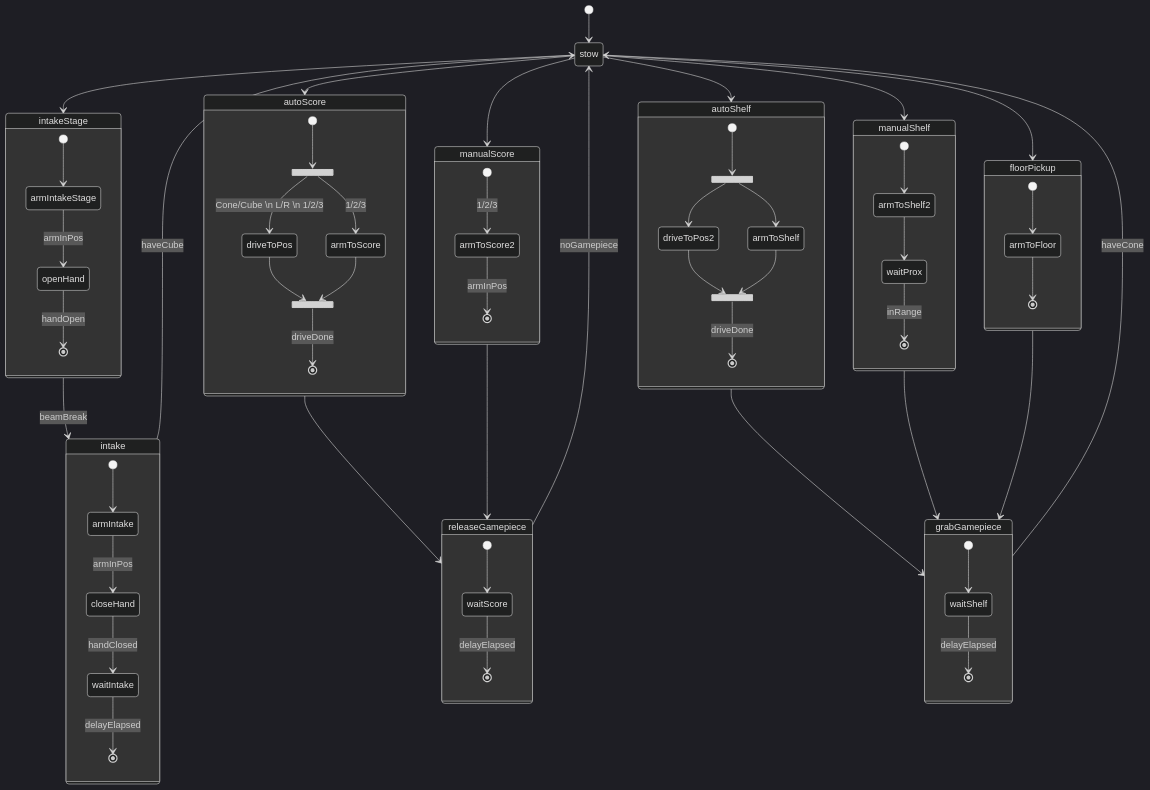
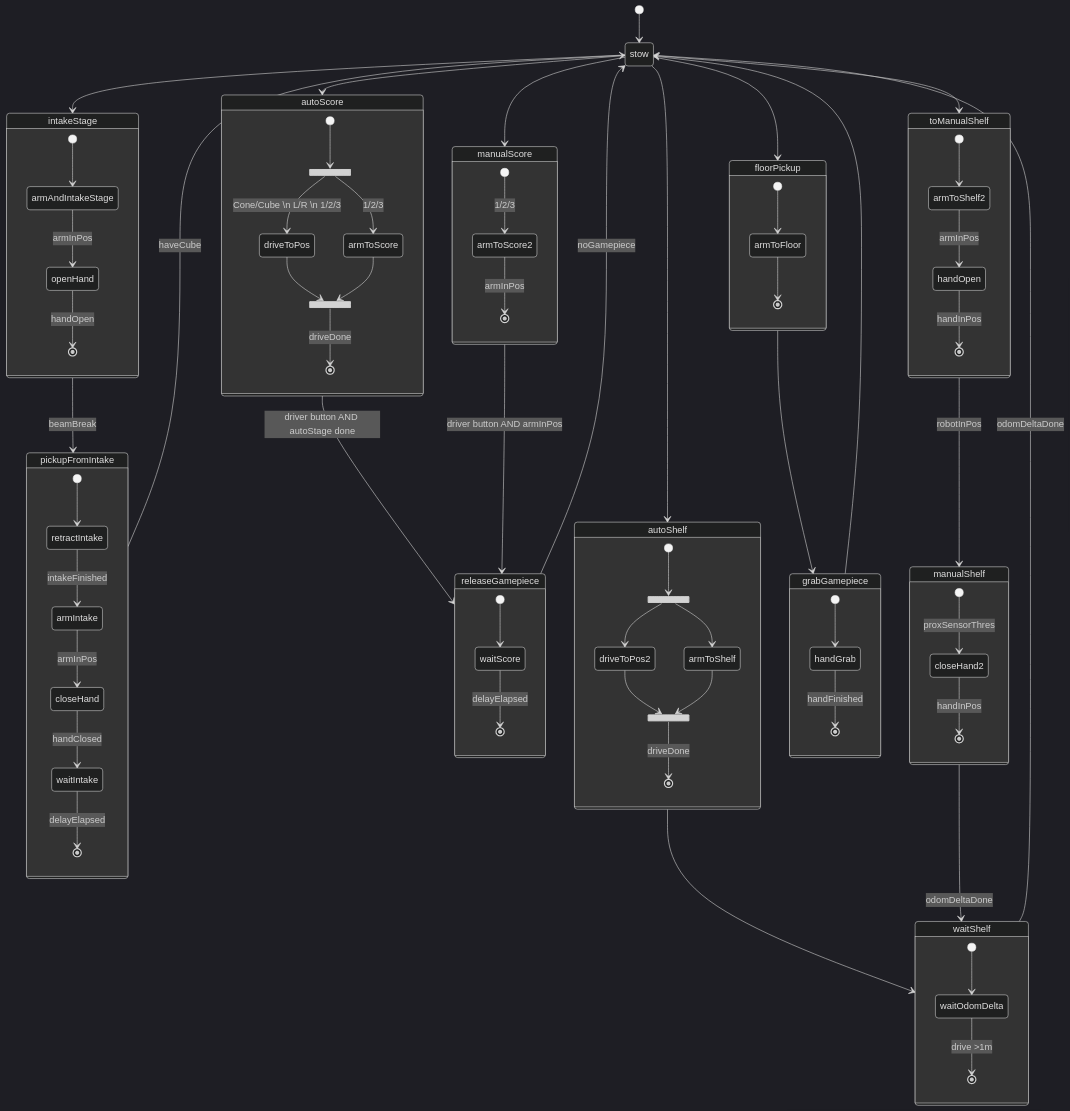
One commit to strykeforce/chargedup changed the diagram in docs/RobotStateMachine.md. Above: the diagram before and after it, drawn with Mermaid (dark theme).

```diff
--- a/docs/RobotStateMachine.md
+++ b/docs/RobotStateMachine.md
@@ -2,17 +2,18 @@
 stateDiagram-v2
     [*] --> stow
     stow --> intakeStage
-    intakeStage --> intake: beamBreak
-    intake --> stow: haveCube
+    intakeStage --> pickupFromIntake: beamBreak
+    pickupFromIntake --> stow: haveCube
 
     state intakeStage {
-        [*] --> armIntakeStage
-        armIntakeStage --> openHand: armInPos
+        [*] --> armAndIntakeStage
+        armAndIntakeStage --> openHand: armInPos
         openHand --> [*]: handOpen
     }
 
-    state intake{
-        [*] --> armIntake
+    state pickupFromIntake{
+        [*] --> retractIntake
+        retractIntake --> armIntake : intakeFinished
         armIntake --> closeHand: armInPos
         closeHand --> waitIntake: handClosed
         waitIntake --> [*]: delayElapsed
@@ -20,7 +21,7 @@
 
 
     stow --> autoScore
-    autoScore --> releaseGamepiece: 
+    autoScore --> releaseGamepiece: driver button AND autoStage done
     releaseGamepiece --> stow: noGamepiece
 
     state autoScore {
@@ -41,7 +42,7 @@
 
 
     stow --> manualScore
-    manualScore --> releaseGamepiece
+    manualScore --> releaseGamepiece : driver button AND armInPos
 
     state manualScore {
         [*] --> armToScore2: 1/2/3
@@ -49,8 +50,8 @@
     }
 
     stow --> autoShelf
-    autoShelf --> grabGamepiece
-    grabGamepiece --> stow: haveCone
+    autoShelf --> waitShelf
+    waitShelf --> stow: odomDeltaDone
 
     state autoShelf {
         state driveAndArm2 <<fork>>
@@ -64,21 +65,33 @@
     }
 
     state grabGamepiece {
-        [*] --> waitShelf
-        waitShelf --> [*]: delayElapsed
+        [*] --> handGrab
+        handGrab --> [*]: handFinished
     }
 
-    stow --> manualShelf
-    manualShelf --> grabGamepiece
+    stow --> toManualShelf
+    toManualShelf --> manualShelf : robotInPos
+    manualShelf --> waitShelf : odomDeltaDone
+    
+    state toManualShelf {
+    [*] --> armToShelf2
+    armToShelf2 --> handOpen : armInPos
+    handOpen --> [*] : handInPos
+    }
 
     state manualShelf {
-        [*] --> armToShelf2
-        armToShelf2 --> waitProx
-        waitProx --> [*]: inRange
+        [*] --> closeHand2 : proxSensorThres
+        closeHand2 --> [*] : handInPos
+    }
+    
+    state waitShelf {
+    [*] --> waitOdomDelta
+    waitOdomDelta --> [*] : drive >1m
     }
 
     stow --> floorPickup
     floorPickup --> grabGamepiece
+    grabGamepiece --> stow
 
     state floorPickup {
         [*] --> armToFloor
```
